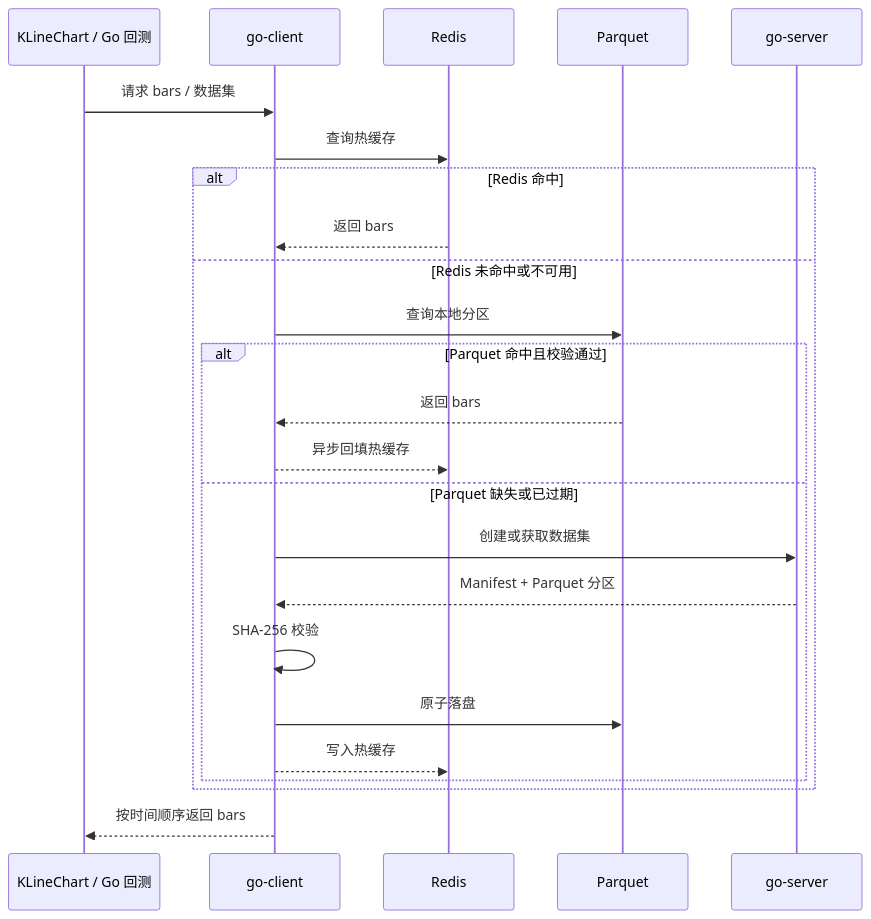
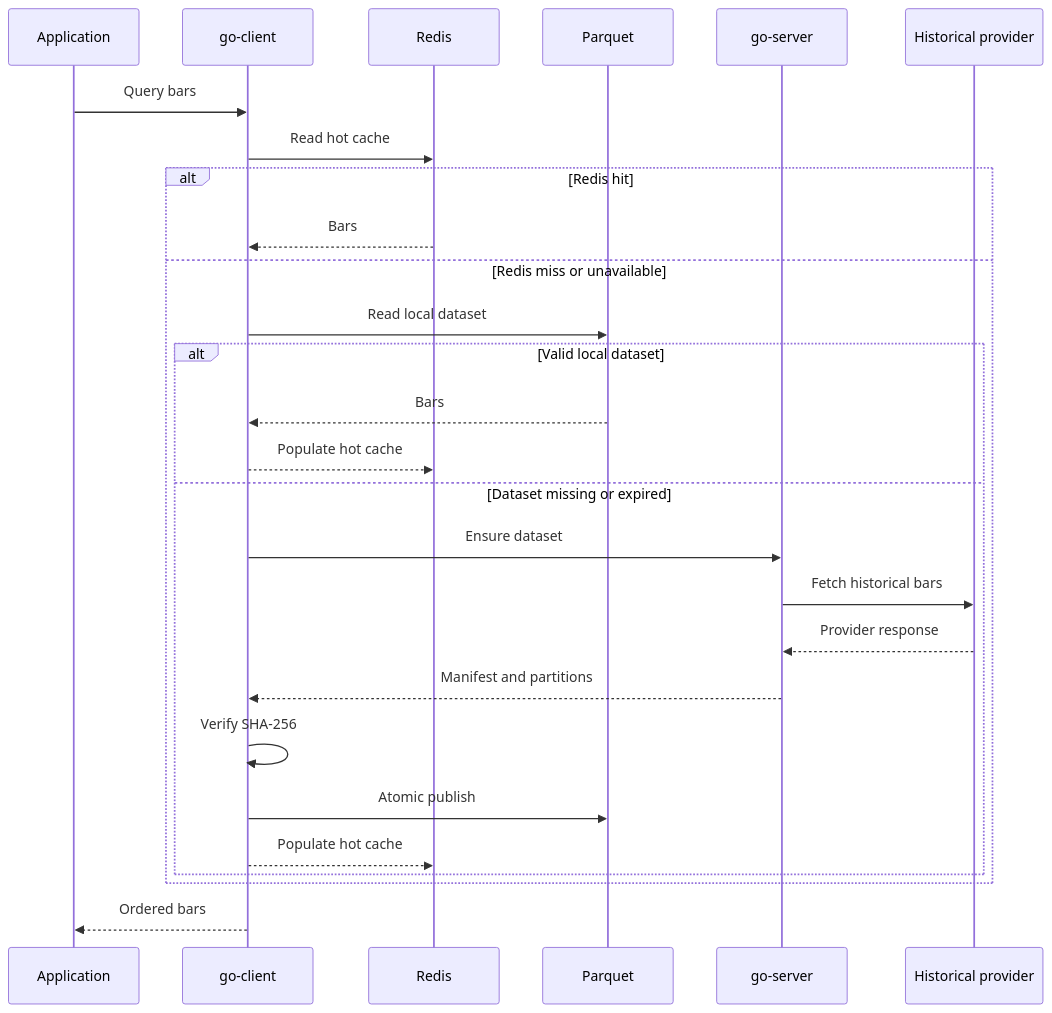
Before and after one commit to scott4game/market-bridge: the second of 3 diagrams in docs/architecture-plan.md, drawn with Mermaid. The commit also changed other lines of this file and 26 other files, not shown here.

````diff
--- a/docs/architecture-plan.md
+++ b/docs/architecture-plan.md
@@ -106,29 +144,32 @@
 ```mermaid
 sequenceDiagram
-    participant C as KLineChart / Go 回测
-    participant LC as go-client
-    participant R as Redis
-    participant P as Parquet
-    participant S as go-server
+    participant App as Application
+    participant Client as go-client
+    participant Redis
+    participant Parquet
+    participant Server as go-server
+    participant Provider as Historical provider
 
-    C->>LC: 请求 bars / 数据集
-    LC->>R: 查询热缓存
+    App->>Client: Query bars
+    Client->>Redis: Read hot cache
 
-    alt Redis 命中
-        R-->>LC: 返回 bars
-    else Redis 未命中或不可用
-        LC->>P: 查询本地分区
-        alt Parquet 命中且校验通过
-            P-->>LC: 返回 bars
-            LC-->>R: 异步回填热缓存
-        else Parquet 缺失或已过期
-            LC->>S: 创建或获取数据集
-            S-->>LC: Manifest + Parquet 分区
-            LC->>LC: SHA-256 校验
-            LC->>P: 原子落盘
-            LC-->>R: 写入热缓存
+    alt Redis hit
+        Redis-->>Client: Bars
+    else Redis miss or unavailable
+        Client->>Parquet: Read local dataset
+        alt Valid local dataset
+            Parquet-->>Client: Bars
+            Client-->>Redis: Populate hot cache
+        else Dataset missing or expired
+            Client->>Server: Ensure dataset
+            Server->>Provider: Fetch historical bars
+            Provider-->>Server: Provider response
+            Server-->>Client: Manifest and partitions
+            Client->>Client: Verify SHA-256
+            Client->>Parquet: Atomic publish
+            Client-->>Redis: Populate hot cache
         end
     end
 
-    LC-->>C: 按时间顺序返回 bars
+    Client-->>App: Ordered bars
 ```
````
